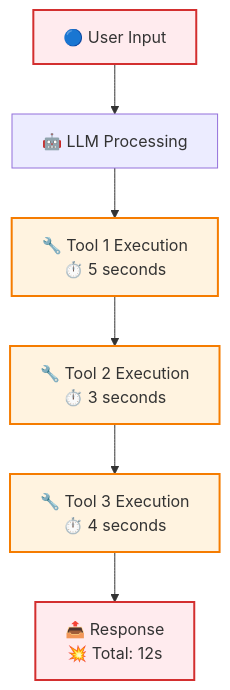
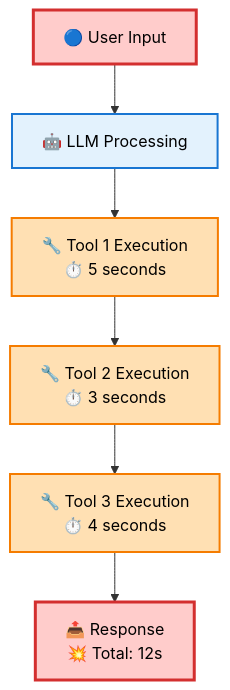
Before and after one commit to CodingButter/advanced-mcp-client: the fourth of 9 diagrams in README.md, drawn with Mermaid. The commit also changed other lines of this file, not shown here.

````diff
--- a/README.md
+++ b/README.md
@@ -156,14 +216,15 @@
 ```mermaid
 graph TD
     A1[🔵 User Input] --> B1[🤖 LLM Processing]
     B1 --> C1[🔧 Tool 1 Execution<br/>⏱️ 5 seconds]
     C1 --> D1[🔧 Tool 2 Execution<br/>⏱️ 3 seconds]
     D1 --> E1[🔧 Tool 3 Execution<br/>⏱️ 4 seconds]
     E1 --> F1[📤 Response<br/>💥 Total: 12s]
     
-    style A1 fill:#ffebee,stroke:#d32f2f,stroke-width:2px
-    style F1 fill:#ffebee,stroke:#d32f2f,stroke-width:2px
-    style C1 fill:#fff3e0,stroke:#f57c00,stroke-width:2px
-    style D1 fill:#fff3e0,stroke:#f57c00,stroke-width:2px
-    style E1 fill:#fff3e0,stroke:#f57c00,stroke-width:2px
+    style A1 fill:#ffcccb,stroke:#d32f2f,stroke-width:3px,color:#000
+    style F1 fill:#ffcccb,stroke:#d32f2f,stroke-width:3px,color:#000
+    style C1 fill:#ffe0b3,stroke:#f57c00,stroke-width:2px,color:#000
+    style D1 fill:#ffe0b3,stroke:#f57c00,stroke-width:2px,color:#000
+    style E1 fill:#ffe0b3,stroke:#f57c00,stroke-width:2px,color:#000
+    style B1 fill:#e3f2fd,stroke:#1976d2,stroke-width:2px,color:#000
 ```
````
